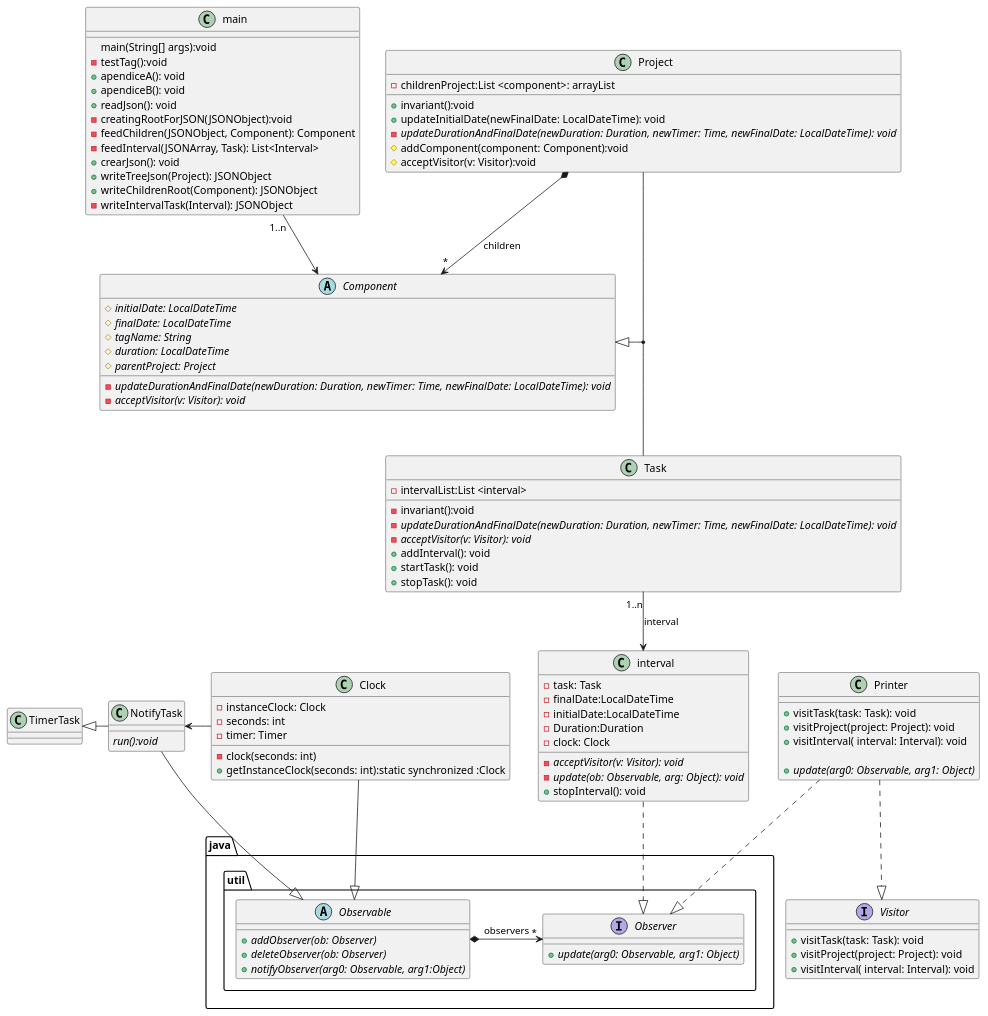
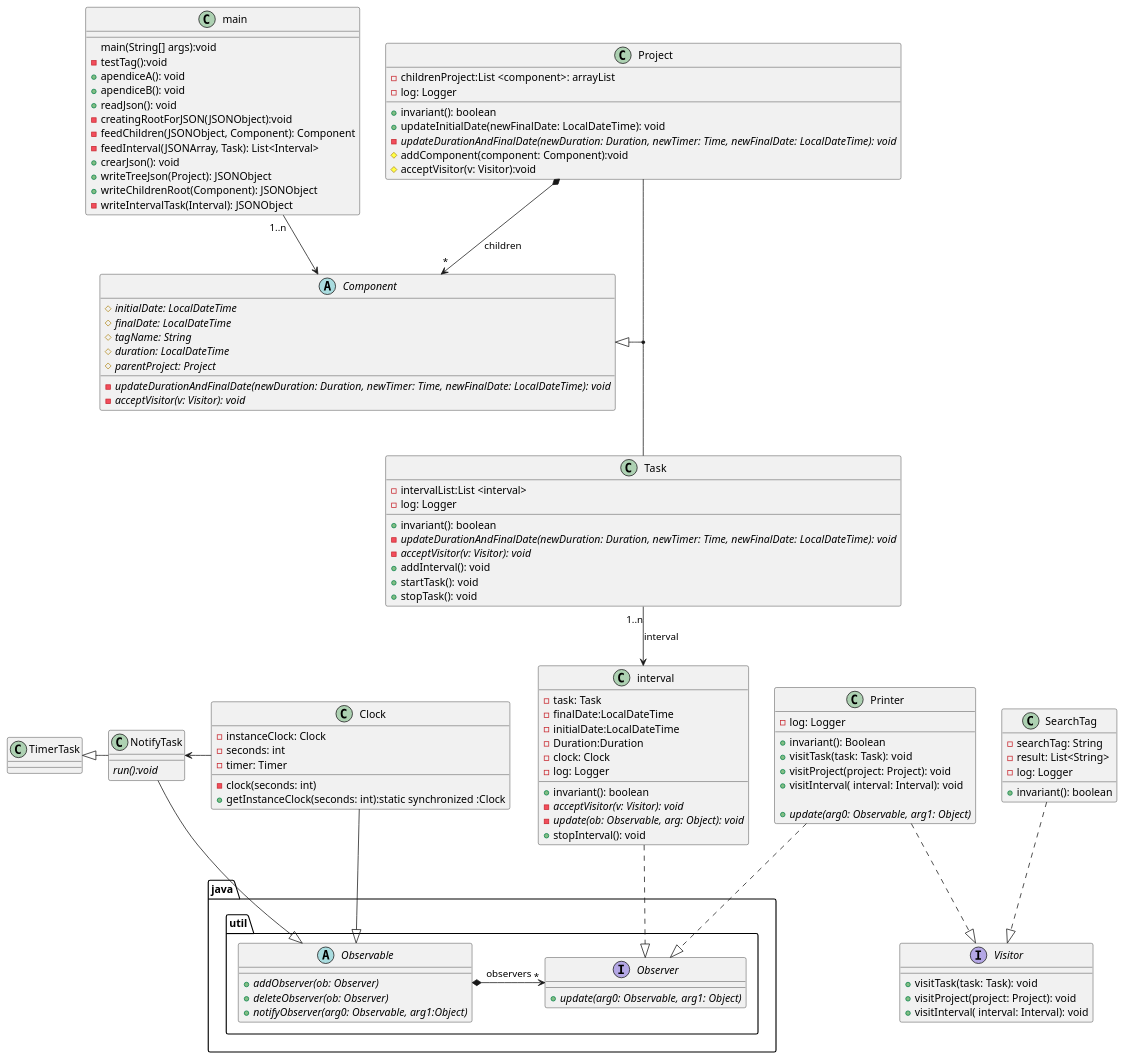
The diagram in src/umlTimeTracking.puml (alekzihz/DS_TimeTracking), drawn with PlantUML before and after one commit.

```diff
--- a/src/umlTimeTracking.puml
+++ b/src/umlTimeTracking.puml
@@ -1,126 +1,148 @@
 @startuml
+
 'https://plantuml.com/class-diagram
 
 
 
 class main{
   main(String[] args):void
   -testTag():void
   +apendiceA(): void
   +apendiceB(): void
   +readJson(): void
   -creatingRootForJSON(JSONObject):void
   -feedChildren(JSONObject, Component): Component
   -feedInterval(JSONArray, Task): List<Interval>
   +crearJson(): void
   +writeTreeJson(Project): JSONObject
   +writeChildrenRoot(Component): JSONObject
   -writeIntervalTask(Interval): JSONObject
 }
 abstract Component{
     {abstract}#initialDate: LocalDateTime
     {abstract}#finalDate: LocalDateTime
     {abstract}#tagName: String
     {abstract}#duration: LocalDateTime
     {abstract}#parentProject: Project
     {abstract}-updateDurationAndFinalDate(newDuration: Duration, newTimer: Time, newFinalDate: LocalDateTime): void
     {abstract}-acceptVisitor(v: Visitor): void
 }
 
 Interface Visitor{
     +visitTask(task: Task): void
     +visitProject(project: Project): void
     +visitInterval( interval: Interval): void
 
 }
 
 class Project{
     -childrenProject:List <component>: arrayList
-    +invariant():void
+    -log: Logger
+    
+    +invariant(): boolean
     +updateInitialDate(newFinalDate: LocalDateTime): void
     {abstract}-updateDurationAndFinalDate(newDuration: Duration, newTimer: Time, newFinalDate: LocalDateTime): void
     #addComponent(component: Component):void
     #acceptVisitor(v: Visitor):void
 }
 
 class Task {
     -intervalList:List <interval>
-    -invariant():void
+    -log: Logger
+    
+    +invariant(): boolean
     {abstract}-updateDurationAndFinalDate(newDuration: Duration, newTimer: Time, newFinalDate: LocalDateTime): void
     {abstract}-acceptVisitor(v: Visitor): void
     +addInterval(): void
     +startTask(): void
     +stopTask(): void
 }
 class interval{
     -task: Task
     -finalDate:LocalDateTime
     -initialDate:LocalDateTime
     -Duration:Duration
     -clock: Clock
-
+    -log: Logger
+    
+    +invariant(): boolean
     {abstract}-acceptVisitor(v: Visitor): void
     {abstract}-update(ob: Observable, arg: Object): void
     +stopInterval(): void
 
 }
 
 package java.util{
 
     interface Observer {
 
         +{abstract}update(arg0: Observable, arg1: Object)
 
     }
 
     Abstract Observable
     {
        +{abstract}addObserver(ob: Observer)
        +{abstract}deleteObserver(ob: Observer)
        +{abstract}notifyObserver(arg0: Observable, arg1:Object)
     }
 
 
 
 }
 
 class Clock {
     -instanceClock: Clock
     -seconds: int
     -timer: Timer
     -clock(seconds: int)
     +getInstanceClock(seconds: int):static synchronized :Clock
 
 }
 
 class NotifyTask{
     {abstract}run():void
 }
 
 class Printer{
+    -log: Logger
+
+    +invariant(): Boolean
     +visitTask(task: Task): void
     +visitProject(project: Project): void
     +visitInterval( interval: Interval): void
 
     +{abstract}update(arg0: Observable, arg1: Object)
 }
 
+
+class SearchTag {
+    -searchTag: String
+    -result: List<String>
+    -log: Logger
+    
+    
+    +invariant(): boolean
+
+}
+
 Clock-left->NotifyTask
 NotifyTask--|>Observable
 NotifyTask-left-|>TimerTask
+
+SearchTag..|>Visitor
 
 Printer..|>Visitor
 Printer..|>Observer
 
 main"1..n"--> Component
 Project *--> "*"Component:children
 
 Component <|--down(Project,Task)
 
 Clock--|> Observable
 interval ..|> Observer
 Observable*--left>"*"Observer:observers
 Task "1..n"--> interval:interval
 
-
 @enduml
```
